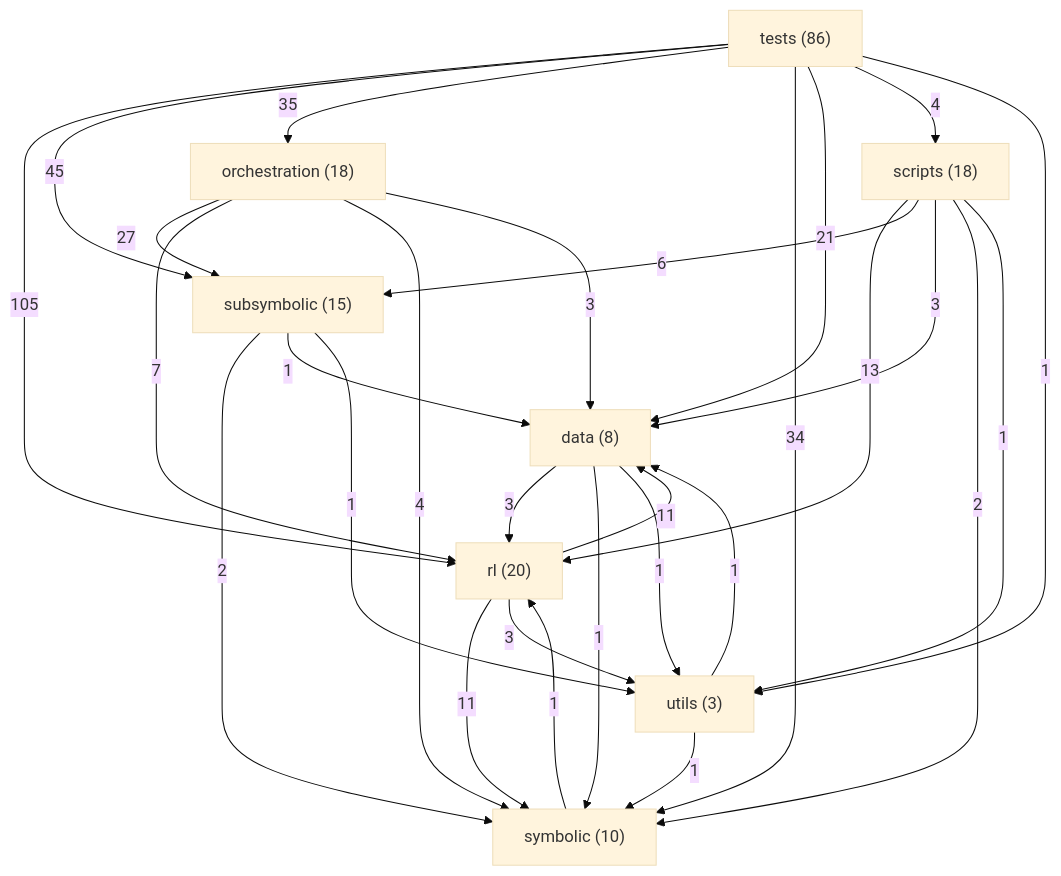
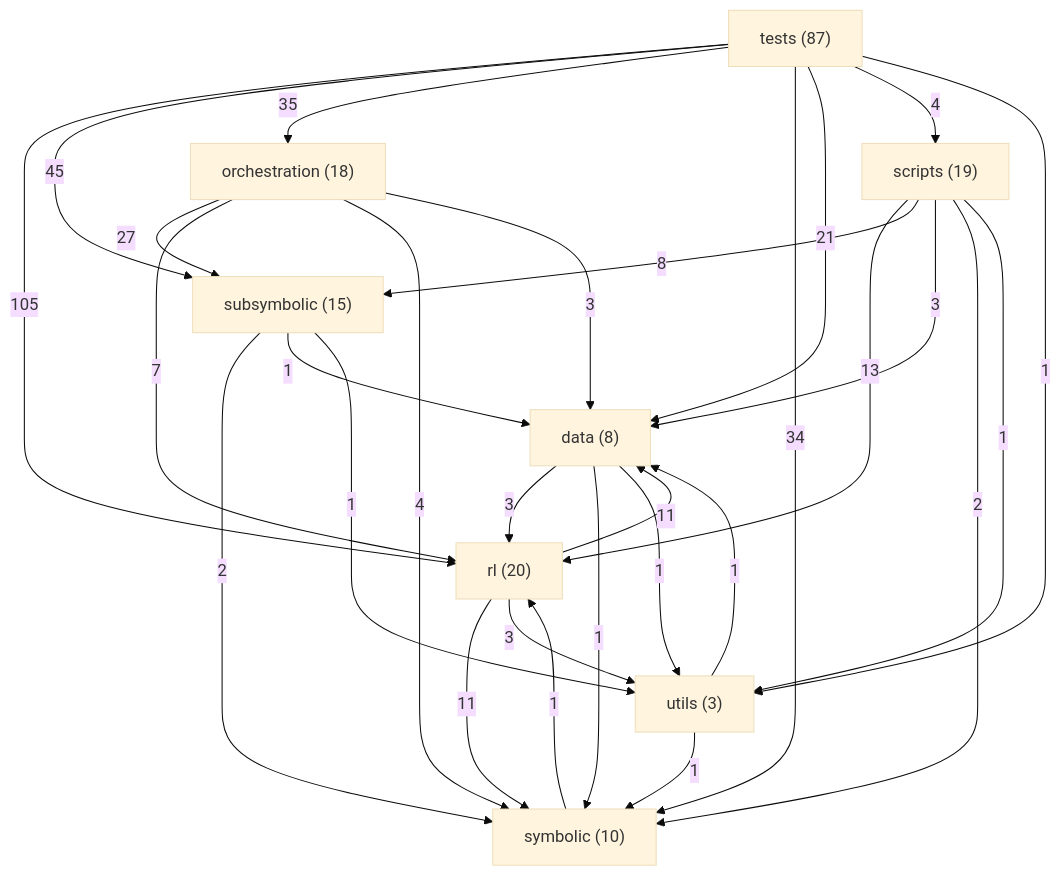
Before and after one commit to danrd/ARC-AGI: the diagram in ARCHITECTURE.md, drawn with Mermaid (base theme). The commit also changed other lines of this file and 3 other files, not shown here.

````diff
--- a/ARCHITECTURE.md
+++ b/ARCHITECTURE.md
@@ -211,39 +211,39 @@
 ```mermaid
 graph TD
   data["data (8)"]
   orchestration["orchestration (18)"]
   rl["rl (20)"]
-  scripts["scripts (18)"]
+  scripts["scripts (19)"]
   subsymbolic["subsymbolic (15)"]
   symbolic["symbolic (10)"]
-  tests["tests (86)"]
+  tests["tests (87)"]
   utils["utils (3)"]
   tests -->|105| rl
   tests -->|45| subsymbolic
   tests -->|35| orchestration
   tests -->|34| symbolic
   orchestration -->|27| subsymbolic
   tests -->|21| data
   scripts -->|13| rl
   rl -->|11| data
   rl -->|11| symbolic
+  scripts -->|8| subsymbolic
   orchestration -->|7| rl
-  scripts -->|6| subsymbolic
   orchestration -->|4| symbolic
   tests -->|4| scripts
   data -->|3| rl
   orchestration -->|3| data
   rl -->|3| utils
   scripts -->|3| data
   scripts -->|2| symbolic
   subsymbolic -->|2| symbolic
   data -->|1| symbolic
   data -->|1| utils
   scripts -->|1| utils
   subsymbolic -->|1| data
   subsymbolic -->|1| utils
   symbolic -->|1| rl
   tests -->|1| utils
   utils -->|1| data
   utils -->|1| symbolic
 ```
````
